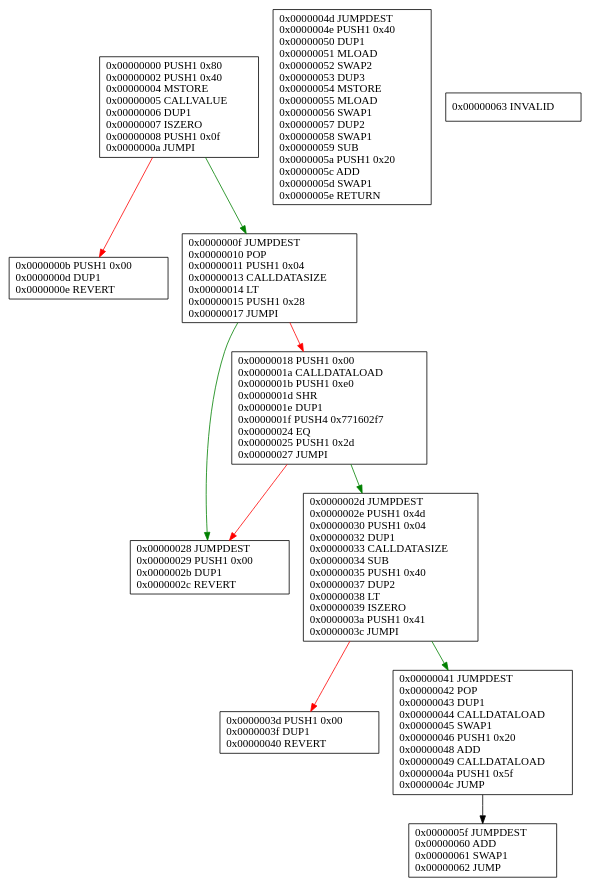
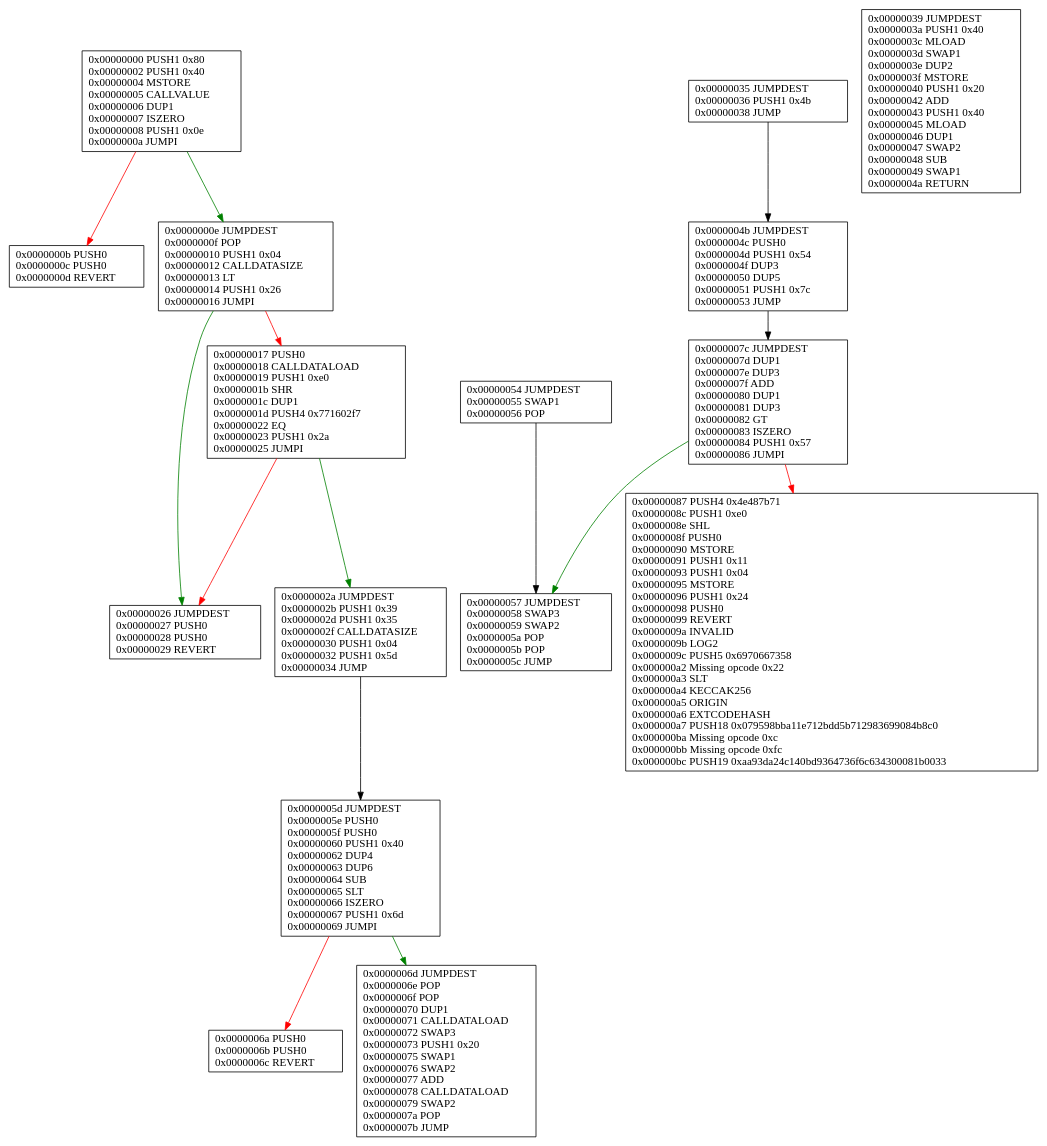
Before and after one commit to UET-Master/solver: the diagram in solc_solver/examples/Addition.dot, drawn with Graphviz. The commit also changed 5 other files, not shown here.

```diff
--- a/solc_solver/examples/Addition.dot
+++ b/solc_solver/examples/Addition.dot
@@ -1,25 +1,35 @@
 digraph cfg {
 rankdir = TB;
 size = "240"
 graph[fontname = Courier, fontsize = 14.0, labeljust = l, nojustify = true];node[shape = record];
-"0x0"[label="0x00000000 PUSH1 0x80\l0x00000002 PUSH1 0x40\l0x00000004 MSTORE\l0x00000005 CALLVALUE\l0x00000006 DUP1\l0x00000007 ISZERO\l0x00000008 PUSH1 0x0f\l0x0000000a JUMPI\l",style=filled,fillcolor=white];
+"0x0"[label="0x00000000 PUSH1 0x80\l0x00000002 PUSH1 0x40\l0x00000004 MSTORE\l0x00000005 CALLVALUE\l0x00000006 DUP1\l0x00000007 ISZERO\l0x00000008 PUSH1 0x0e\l0x0000000a JUMPI\l",style=filled,fillcolor=white];
 "0x0" -> "0xb" [label="",color="red"];
-"0x0" -> "0xf" [label="",color="green"];
-"0xb"[label="0x0000000b PUSH1 0x00\l0x0000000d DUP1\l0x0000000e REVERT\l",style=filled,fillcolor=white];
-"0xf"[label="0x0000000f JUMPDEST\l0x00000010 POP\l0x00000011 PUSH1 0x04\l0x00000013 CALLDATASIZE\l0x00000014 LT\l0x00000015 PUSH1 0x28\l0x00000017 JUMPI\l",style=filled,fillcolor=white];
-"0xf" -> "0x18" [label="",color="red"];
-"0xf" -> "0x28" [label="",color="green"];
-"0x18"[label="0x00000018 PUSH1 0x00\l0x0000001a CALLDATALOAD\l0x0000001b PUSH1 0xe0\l0x0000001d SHR\l0x0000001e DUP1\l0x0000001f PUSH4 0x771602f7\l0x00000024 EQ\l0x00000025 PUSH1 0x2d\l0x00000027 JUMPI\l",style=filled,fillcolor=white];
-"0x18" -> "0x28" [label="",color="red"];
-"0x18" -> "0x2d" [label="",color="green"];
-"0x28"[label="0x00000028 JUMPDEST\l0x00000029 PUSH1 0x00\l0x0000002b DUP1\l0x0000002c REVERT\l",style=filled,fillcolor=white];
-"0x2d"[label="0x0000002d JUMPDEST\l0x0000002e PUSH1 0x4d\l0x00000030 PUSH1 0x04\l0x00000032 DUP1\l0x00000033 CALLDATASIZE\l0x00000034 SUB\l0x00000035 PUSH1 0x40\l0x00000037 DUP2\l0x00000038 LT\l0x00000039 ISZERO\l0x0000003a PUSH1 0x41\l0x0000003c JUMPI\l",style=filled,fillcolor=white];
-"0x2d" -> "0x3d" [label="",color="red"];
-"0x2d" -> "0x41" [label="",color="green"];
-"0x3d"[label="0x0000003d PUSH1 0x00\l0x0000003f DUP1\l0x00000040 REVERT\l",style=filled,fillcolor=white];
-"0x41"[label="0x00000041 JUMPDEST\l0x00000042 POP\l0x00000043 DUP1\l0x00000044 CALLDATALOAD\l0x00000045 SWAP1\l0x00000046 PUSH1 0x20\l0x00000048 ADD\l0x00000049 CALLDATALOAD\l0x0000004a PUSH1 0x5f\l0x0000004c JUMP\l",style=filled,fillcolor=white];
-"0x41" -> "0x5f" [label="",color="black"];
-"0x4d"[label="0x0000004d JUMPDEST\l0x0000004e PUSH1 0x40\l0x00000050 DUP1\l0x00000051 MLOAD\l0x00000052 SWAP2\l0x00000053 DUP3\l0x00000054 MSTORE\l0x00000055 MLOAD\l0x00000056 SWAP1\l0x00000057 DUP2\l0x00000058 SWAP1\l0x00000059 SUB\l0x0000005a PUSH1 0x20\l0x0000005c ADD\l0x0000005d SWAP1\l0x0000005e RETURN\l",style=filled,fillcolor=white];
-"0x5f"[label="0x0000005f JUMPDEST\l0x00000060 ADD\l0x00000061 SWAP1\l0x00000062 JUMP\l",style=filled,fillcolor=white];
-"0x63"[label="0x00000063 INVALID\l",style=filled,fillcolor=white];
+"0x0" -> "0xe" [label="",color="green"];
+"0xb"[label="0x0000000b PUSH0\l0x0000000c PUSH0\l0x0000000d REVERT\l",style=filled,fillcolor=white];
+"0xe"[label="0x0000000e JUMPDEST\l0x0000000f POP\l0x00000010 PUSH1 0x04\l0x00000012 CALLDATASIZE\l0x00000013 LT\l0x00000014 PUSH1 0x26\l0x00000016 JUMPI\l",style=filled,fillcolor=white];
+"0xe" -> "0x17" [label="",color="red"];
+"0xe" -> "0x26" [label="",color="green"];
+"0x17"[label="0x00000017 PUSH0\l0x00000018 CALLDATALOAD\l0x00000019 PUSH1 0xe0\l0x0000001b SHR\l0x0000001c DUP1\l0x0000001d PUSH4 0x771602f7\l0x00000022 EQ\l0x00000023 PUSH1 0x2a\l0x00000025 JUMPI\l",style=filled,fillcolor=white];
+"0x17" -> "0x26" [label="",color="red"];
+"0x17" -> "0x2a" [label="",color="green"];
+"0x26"[label="0x00000026 JUMPDEST\l0x00000027 PUSH0\l0x00000028 PUSH0\l0x00000029 REVERT\l",style=filled,fillcolor=white];
+"0x2a"[label="0x0000002a JUMPDEST\l0x0000002b PUSH1 0x39\l0x0000002d PUSH1 0x35\l0x0000002f CALLDATASIZE\l0x00000030 PUSH1 0x04\l0x00000032 PUSH1 0x5d\l0x00000034 JUMP\l",style=filled,fillcolor=white];
+"0x2a" -> "0x5d" [label="",color="black"];
+"0x35"[label="0x00000035 JUMPDEST\l0x00000036 PUSH1 0x4b\l0x00000038 JUMP\l",style=filled,fillcolor=white];
+"0x35" -> "0x4b" [label="",color="black"];
+"0x39"[label="0x00000039 JUMPDEST\l0x0000003a PUSH1 0x40\l0x0000003c MLOAD\l0x0000003d SWAP1\l0x0000003e DUP2\l0x0000003f MSTORE\l0x00000040 PUSH1 0x20\l0x00000042 ADD\l0x00000043 PUSH1 0x40\l0x00000045 MLOAD\l0x00000046 DUP1\l0x00000047 SWAP2\l0x00000048 SUB\l0x00000049 SWAP1\l0x0000004a RETURN\l",style=filled,fillcolor=white];
+"0x4b"[label="0x0000004b JUMPDEST\l0x0000004c PUSH0\l0x0000004d PUSH1 0x54\l0x0000004f DUP3\l0x00000050 DUP5\l0x00000051 PUSH1 0x7c\l0x00000053 JUMP\l",style=filled,fillcolor=white];
+"0x4b" -> "0x7c" [label="",color="black"];
+"0x54"[label="0x00000054 JUMPDEST\l0x00000055 SWAP1\l0x00000056 POP\l",style=filled,fillcolor=white];
+"0x54" -> "0x57" [label="",color="black"];
+"0x57"[label="0x00000057 JUMPDEST\l0x00000058 SWAP3\l0x00000059 SWAP2\l0x0000005a POP\l0x0000005b POP\l0x0000005c JUMP\l",style=filled,fillcolor=white];
+"0x5d"[label="0x0000005d JUMPDEST\l0x0000005e PUSH0\l0x0000005f PUSH0\l0x00000060 PUSH1 0x40\l0x00000062 DUP4\l0x00000063 DUP6\l0x00000064 SUB\l0x00000065 SLT\l0x00000066 ISZERO\l0x00000067 PUSH1 0x6d\l0x00000069 JUMPI\l",style=filled,fillcolor=white];
+"0x5d" -> "0x6a" [label="",color="red"];
+"0x5d" -> "0x6d" [label="",color="green"];
+"0x6a"[label="0x0000006a PUSH0\l0x0000006b PUSH0\l0x0000006c REVERT\l",style=filled,fillcolor=white];
+"0x6d"[label="0x0000006d JUMPDEST\l0x0000006e POP\l0x0000006f POP\l0x00000070 DUP1\l0x00000071 CALLDATALOAD\l0x00000072 SWAP3\l0x00000073 PUSH1 0x20\l0x00000075 SWAP1\l0x00000076 SWAP2\l0x00000077 ADD\l0x00000078 CALLDATALOAD\l0x00000079 SWAP2\l0x0000007a POP\l0x0000007b JUMP\l",style=filled,fillcolor=white];
+"0x7c"[label="0x0000007c JUMPDEST\l0x0000007d DUP1\l0x0000007e DUP3\l0x0000007f ADD\l0x00000080 DUP1\l0x00000081 DUP3\l0x00000082 GT\l0x00000083 ISZERO\l0x00000084 PUSH1 0x57\l0x00000086 JUMPI\l",style=filled,fillcolor=white];
+"0x7c" -> "0x87" [label="",color="red"];
+"0x7c" -> "0x57" [label="",color="green"];
+"0x87"[label="0x00000087 PUSH4 0x4e487b71\l0x0000008c PUSH1 0xe0\l0x0000008e SHL\l0x0000008f PUSH0\l0x00000090 MSTORE\l0x00000091 PUSH1 0x11\l0x00000093 PUSH1 0x04\l0x00000095 MSTORE\l0x00000096 PUSH1 0x24\l0x00000098 PUSH0\l0x00000099 REVERT\l0x0000009a INVALID\l0x0000009b LOG2\l0x0000009c PUSH5 0x6970667358\l0x000000a2 Missing opcode 0x22\l0x000000a3 SLT\l0x000000a4 KECCAK256\l0x000000a5 ORIGIN\l0x000000a6 EXTCODEHASH\l0x000000a7 PUSH18 0x079598bba11e712bdd5b712983699084b8c0\l0x000000ba Missing opcode 0xc\l0x000000bb Missing opcode 0xfc\l0x000000bc PUSH19 0xaa93da24c140bd9364736f6c634300081b0033\l",style=filled,fillcolor=white];
 }
```
